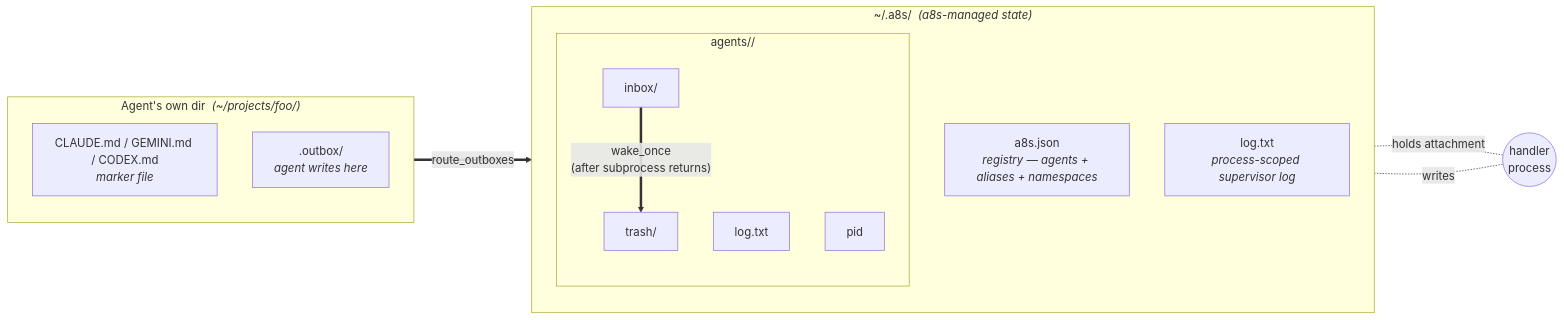
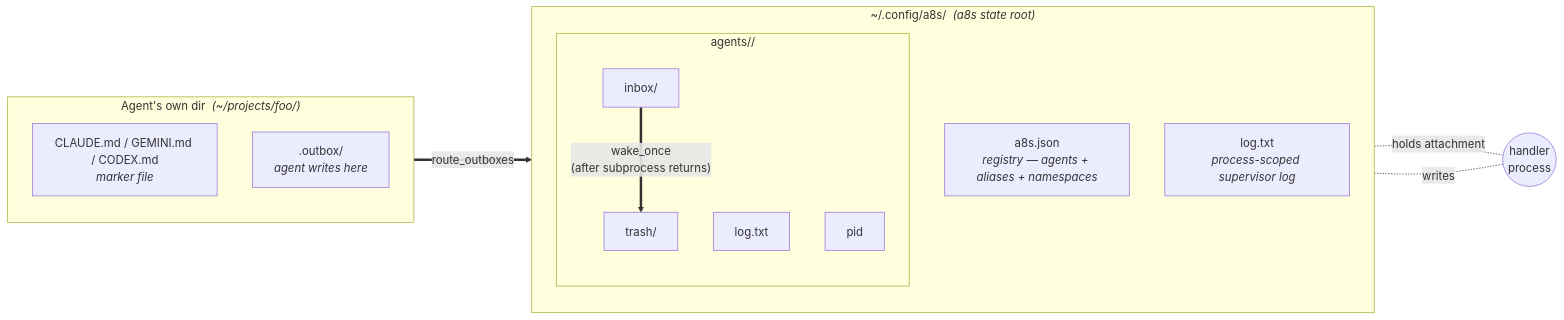
One commit to witw-llc/ar3 changed the diagram in docs/a8s.md. Above: the diagram before and after it, drawn with Mermaid. The commit also changed other lines of this file and 49 other files, not shown here.

````diff
--- a/docs/a8s.md
+++ b/docs/a8s.md
@@ -30,28 +30,28 @@
 ```mermaid
 flowchart LR
     subgraph A["Agent's own dir  <i>(~/projects/foo/)</i>"]
         direction TB
         marker["CLAUDE.md / GEMINI.md / CODEX.md<br/><i>marker file</i>"]
         outbox[".outbox/<br/><i>agent writes here</i>"]
     end
 
-    subgraph H["~/.a8s/  <i>(a8s-managed state)</i>"]
+    subgraph H["~/.config/a8s/  <i>(a8s state root)</i>"]
         direction TB
         reg["a8s.json<br/><i>registry — agents + aliases + namespaces</i>"]
         slog["log.txt<br/><i>process-scoped supervisor log</i>"]
         subgraph AG["agents/<NAME>/"]
             direction TB
             ib["inbox/"]
             tr["trash/"]
             alog["log.txt"]
             pid["pid"]
         end
     end
 
     handler(("handler<br/>process"))
 
     outbox ==>|"route_outboxes"| ib
     ib ==>|"wake_once<br/>(after subprocess returns)"| tr
     pid -.-|"holds attachment"| handler
     handler -.-|"writes"| alog
 ```
````
